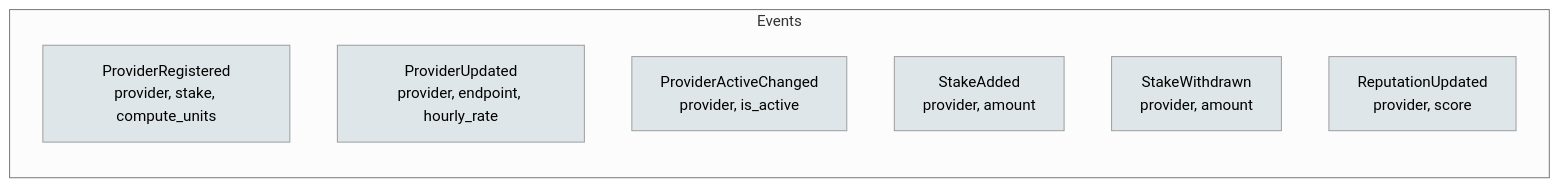
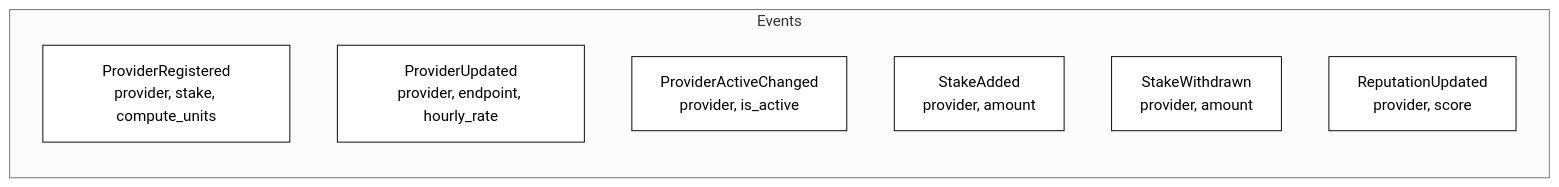
Before and after one commit to PolkaMesh/PolkaMesh-Contracts: diagram 12 of 17 in compute_provider_registry/README.md, drawn with Mermaid (neutral theme). The commit also changed other lines of this file and 4 other files, not shown here.

````diff
--- a/compute_provider_registry/README.md
+++ b/compute_provider_registry/README.md
@@ -277,18 +277,18 @@
 ```mermaid
 graph LR
     subgraph Events
         E1[ProviderRegistered<br/>provider, stake, compute_units]
         E2[ProviderUpdated<br/>provider, endpoint, hourly_rate]
         E3[ProviderActiveChanged<br/>provider, is_active]
         E4[StakeAdded<br/>provider, amount]
         E5[StakeWithdrawn<br/>provider, amount]
         E6[ReputationUpdated<br/>provider, score]
     end
 
-    style E1 fill:#dfe6e9
-    style E2 fill:#dfe6e9
-    style E3 fill:#dfe6e9
-    style E4 fill:#dfe6e9
-    style E5 fill:#dfe6e9
-    style E6 fill:#dfe6e9
+    style E1 fill:#ffffff,stroke:#000000,color:#000000
+    style E2 fill:#ffffff,stroke:#000000,color:#000000
+    style E3 fill:#ffffff,stroke:#000000,color:#000000
+    style E4 fill:#ffffff,stroke:#000000,color:#000000
+    style E5 fill:#ffffff,stroke:#000000,color:#000000
+    style E6 fill:#ffffff,stroke:#000000,color:#000000
 ```
````
